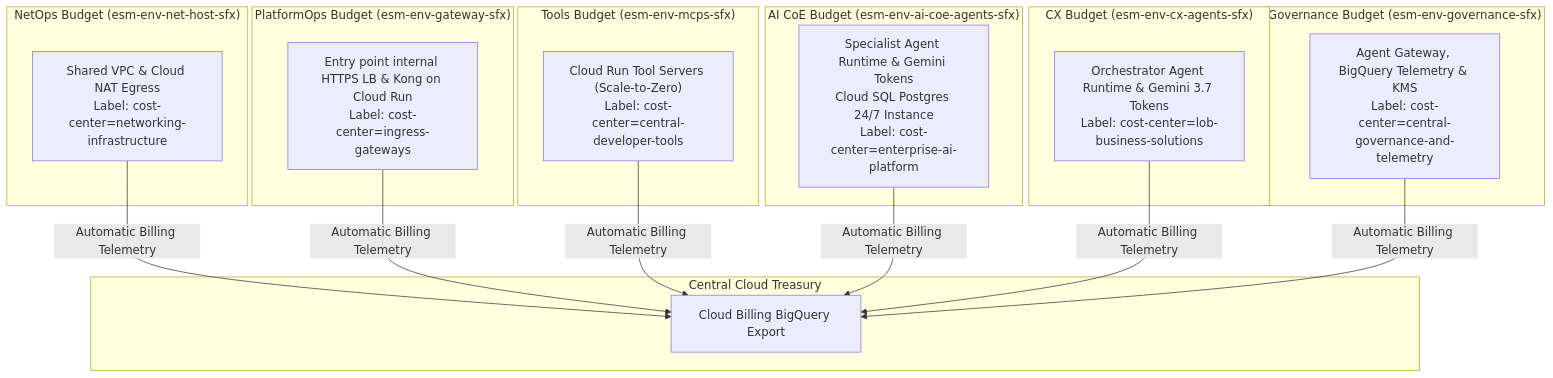
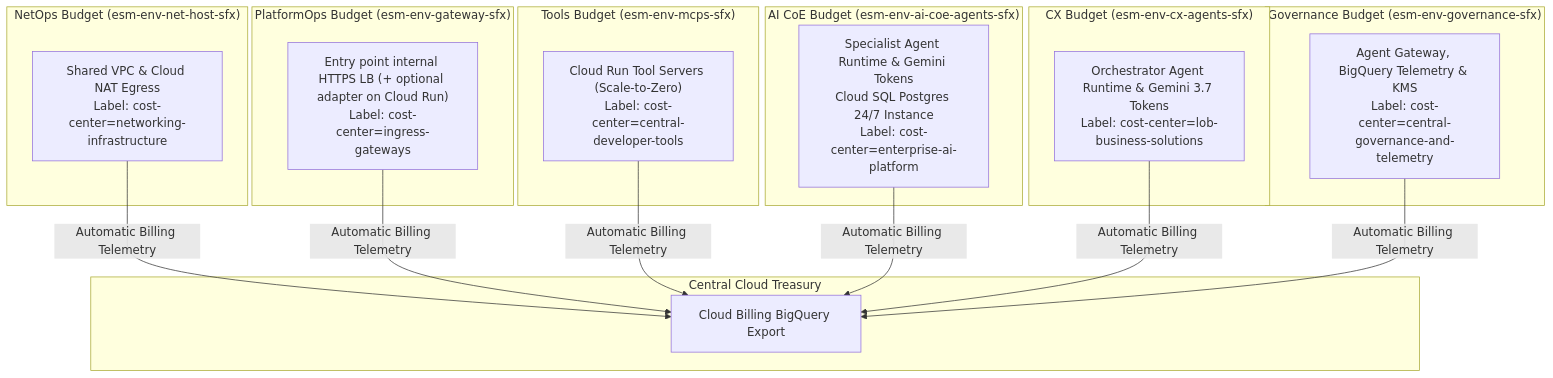
Before and after one commit to google/esmeralda: the second of 2 diagrams in docs/src/1-platform-foundations/01-projects-and-finops.md, drawn with Mermaid. The commit also changed other lines of this file and 93 other files, not shown here.

````diff
--- a/docs/src/1-platform-foundations/01-projects-and-finops.md
+++ b/docs/src/1-platform-foundations/01-projects-and-finops.md
@@ -99,32 +99,32 @@
 ```mermaid
 flowchart TD
     subgraph Treasury["Central Cloud Treasury"]
         Export["Cloud Billing BigQuery Export"]
     end
 
     subgraph NetOps["NetOps Budget (esm-env-net-host-sfx)"]
         C0["Shared VPC & Cloud NAT Egress<br/>Label: cost-center=networking-infrastructure"]
     end
 
     subgraph PlatformOps["PlatformOps Budget (esm-env-gateway-sfx)"]
-        C_GW["Entry point internal HTTPS LB & Kong on Cloud Run<br/>Label: cost-center=ingress-gateways"]
+        C_GW["Entry point internal HTTPS LB (+ optional adapter on Cloud Run)<br/>Label: cost-center=ingress-gateways"]
     end
 
     subgraph AppDev["Tools Budget (esm-env-mcps-sfx)"]
         C1["Cloud Run Tool Servers (Scale-to-Zero)<br/>Label: cost-center=central-developer-tools"]
     end
 
     subgraph CoreAI["AI CoE Budget (esm-env-ai-coe-agents-sfx)"]
         C2["Specialist Agent Runtime & Gemini Tokens<br/>Cloud SQL Postgres 24/7 Instance<br/>Label: cost-center=enterprise-ai-platform"]
     end
 
     subgraph BU["CX Budget (esm-env-cx-agents-sfx)"]
         C3["Orchestrator Agent Runtime & Gemini 3.7 Tokens<br/>Label: cost-center=lob-business-solutions"]
     end
 
     subgraph Gov["Governance Budget (esm-env-governance-sfx)"]
         C4["Agent Gateway, BigQuery Telemetry & KMS<br/>Label: cost-center=central-governance-and-telemetry"]
     end
 
     C0 & C_GW & C1 & C2 & C3 & C4 -->|Automatic Billing Telemetry| Export
 ```
````
